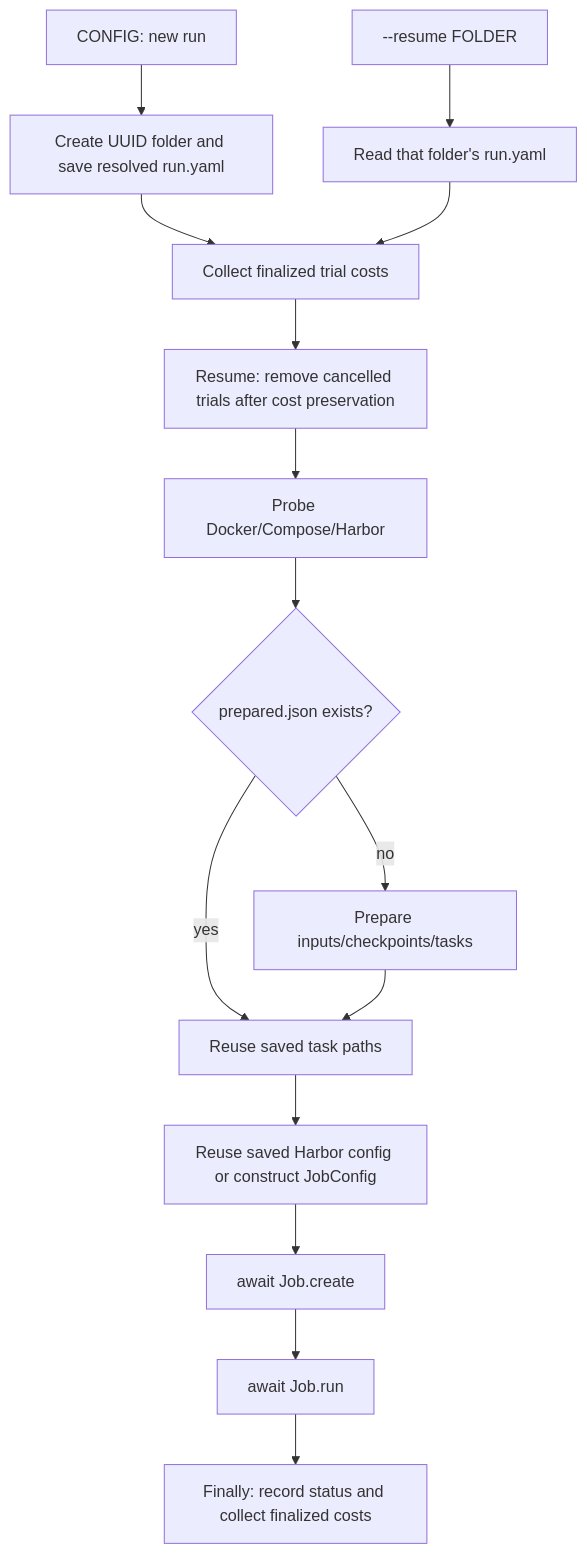
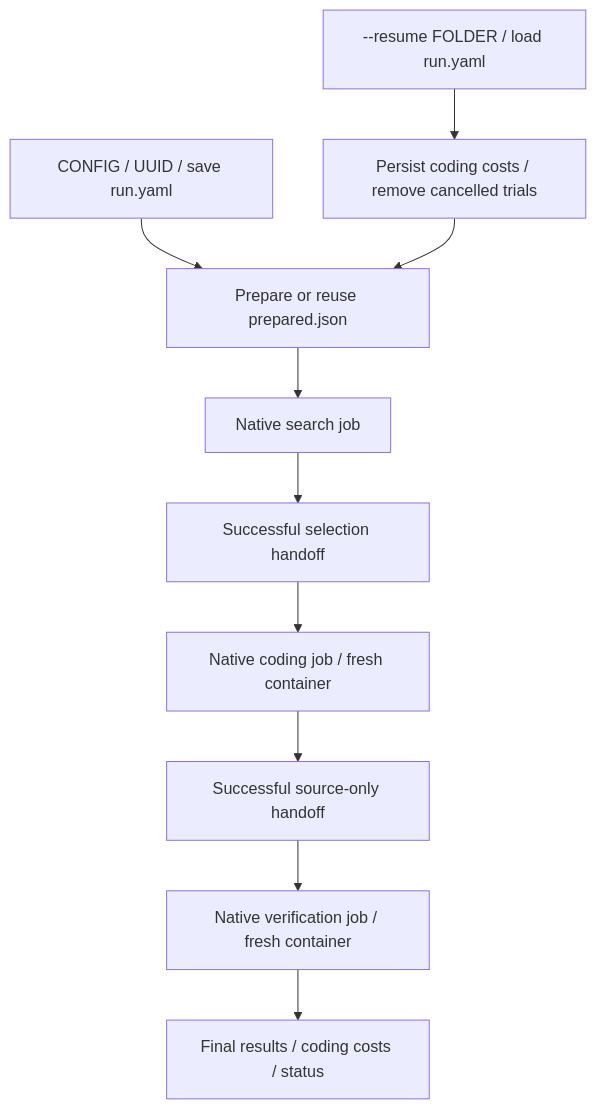
Before and after one commit to fengql123/local_eval: the second of 2 diagrams in docs/phase-02.md, drawn with Mermaid. The commit also changed other lines of this file and 64 other files, not shown here.

Commit message:
feat: verify submissions with native Harbor jobs

````diff
--- a/docs/phase-02.md
+++ b/docs/phase-02.md
@@ -208,17 +112,12 @@
 ```mermaid
 flowchart TD
-    new[CONFIG: new run] --> uuid[Create UUID folder and save resolved run.yaml]
-    resume[--resume FOLDER] --> saved[Read that folder's run.yaml]
-    uuid --> costs[Collect finalized trial costs]
-    saved --> costs
-    costs --> cleanup[Resume: remove cancelled trials after cost preservation]
-    cleanup --> environment[Probe Docker/Compose/Harbor]
-    environment --> prepared{prepared.json exists?}
-    prepared -->|yes| paths[Reuse saved task paths]
-    prepared -->|no| setup[Prepare inputs/checkpoints/tasks]
-    setup --> paths
-    paths --> job[Reuse saved Harbor config or construct JobConfig]
-    job --> create[await Job.create]
-    create --> run[await Job.run]
-    run --> final[Finally: record status and collect finalized costs]
+    new[CONFIG / UUID / save run.yaml] --> prep[Prepare or reuse prepared.json]
+    resume[--resume FOLDER / load run.yaml] --> costs[Persist coding costs / remove cancelled trials]
+    costs --> prep
+    prep --> search[Native search job]
+    search --> select[Successful selection handoff]
+    select --> coding[Native coding job / fresh container]
+    coding --> source[Successful source-only handoff]
+    source --> verify[Native verification job / fresh container]
+    verify --> final[Final results / coding costs / status]
 ```
````
